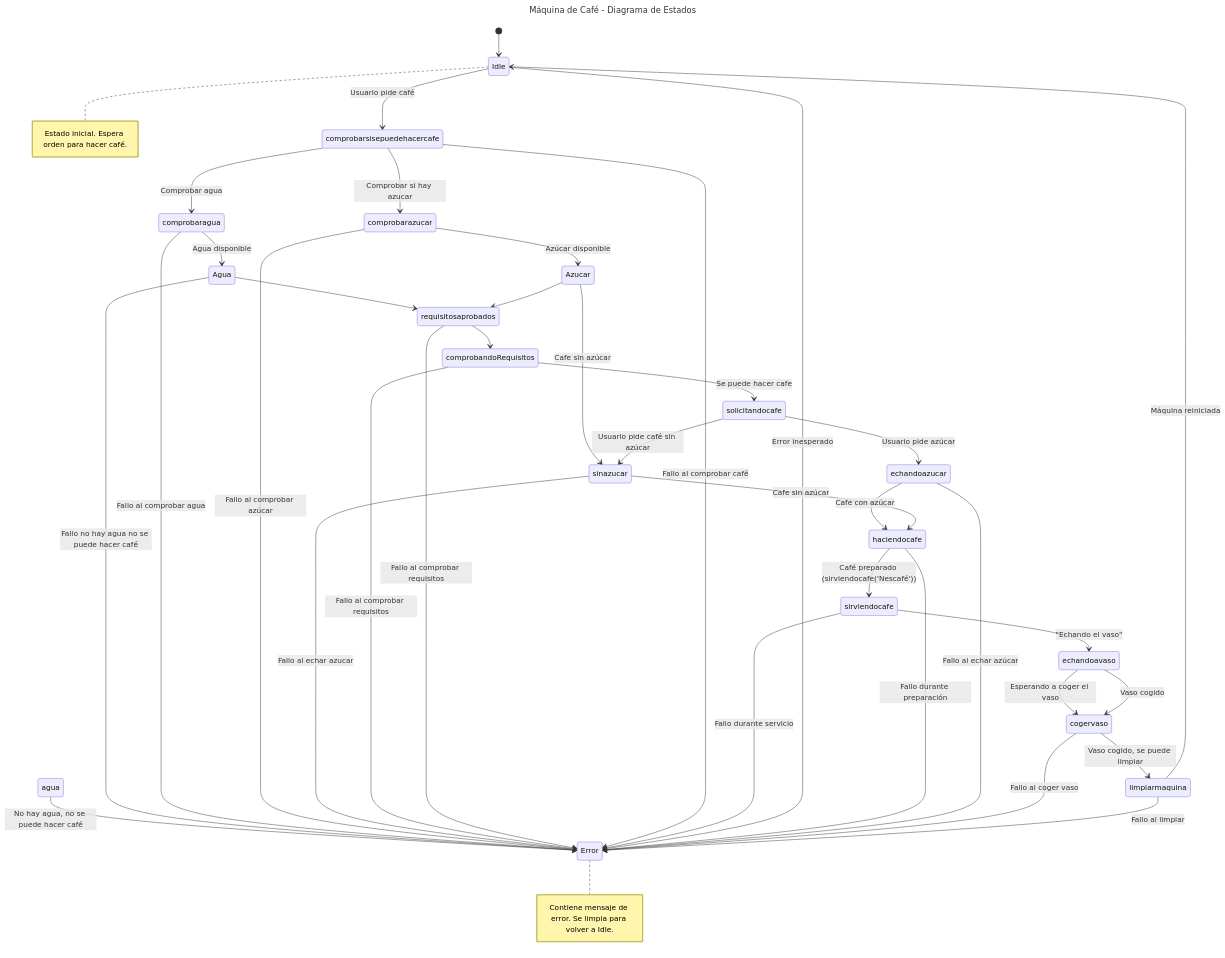
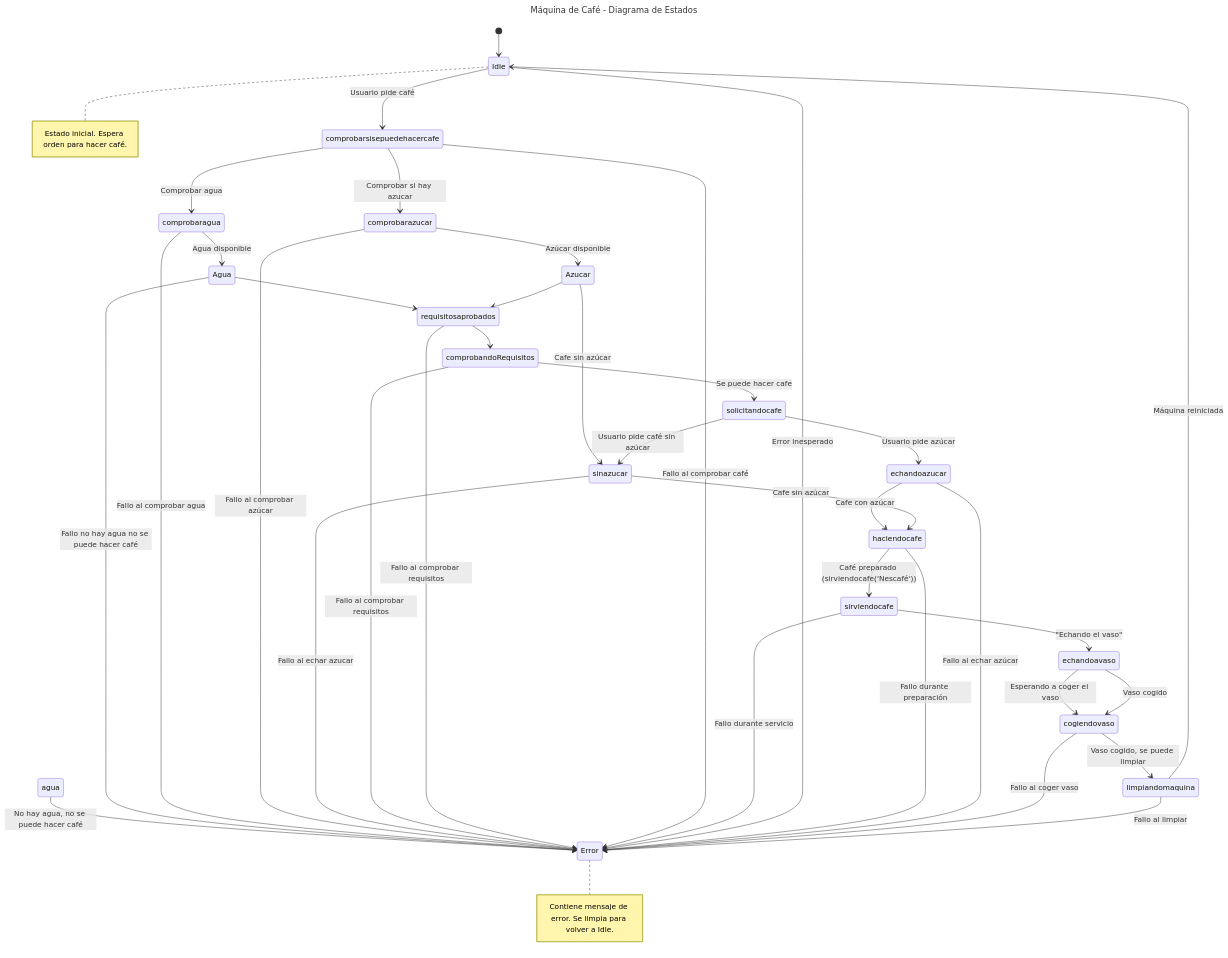
The diagram in 1trabajo/src/diagrama.mmd (shermidagre/PMDM), drawn with Mermaid before and after one commit.

Commit message:
random para probar

```diff
--- a/1trabajo/src/diagrama.mmd
+++ b/1trabajo/src/diagrama.mmd
@@ -1,48 +1,48 @@
 ---
 title: Máquina de Café - Diagrama de Estados
 ---
 stateDiagram-v2
 [*] --> Idle
 Idle --> comprobarsisepuedehacercafe: Usuario pide café
 
 comprobarsisepuedehacercafe --> comprobaragua: Comprobar agua
 agua --> Error : No hay agua, no se puede hacer café
 comprobaragua --> Agua: Agua disponible
 Agua --> requisitosaprobados
 Agua --> Error : Fallo no hay agua no se puede hacer café
 comprobaragua --> Error: Fallo al comprobar agua
 
 comprobarsisepuedehacercafe --> comprobarazucar : Comprobar si hay azucar
 comprobarazucar --> Azucar: Azúcar disponible
 comprobarazucar --> Error : Fallo al comprobar azúcar
 Azucar --> requisitosaprobados
 
 requisitosaprobados --> comprobandoRequisitos
 
 Azucar --> sinazucar: Cafe sin azúcar
 sinazucar --> Error : Fallo al echar azucar
 
 comprobandoRequisitos --> solicitandocafe: Se puede hacer cafe
 comprobandoRequisitos --> Error: Fallo al comprobar requisitos
 requisitosaprobados --> Error: Fallo al comprobar requisitos
 
 comprobarsisepuedehacercafe --> Error: Fallo al comprobar café
 solicitandocafe --> echandoazucar: Usuario pide azúcar
 solicitandocafe --> sinazucar: Usuario pide café sin azúcar
 echandoazucar --> haciendocafe: Cafe con azúcar
 sinazucar --> haciendocafe: Cafe sin azúcar
 
 haciendocafe --> sirviendocafe: Café preparado (sirviendocafe('Nescafé'))
 sirviendocafe --> Error: Fallo durante servicio
 Idle --> Error: Error inesperado
 haciendocafe --> Error: Fallo durante preparación
 echandoazucar --> Error: Fallo al echar azúcar
 sirviendocafe --> echandoavaso: "Echando el vaso"
-echandoavaso --> cogervaso: Esperando a coger el vaso
-cogervaso --> Error: Fallo al coger vaso
-echandoavaso --> cogervaso: Vaso cogido
-cogervaso --> limpiarmaquina:  Vaso cogido, se puede limpiar
-limpiarmaquina --> Idle: Máquina reiniciada
-limpiarmaquina --> Error: Fallo al limpiar
+echandoavaso --> cogiendovaso: Esperando a coger el vaso
+cogiendovaso --> Error: Fallo al coger vaso
+echandoavaso --> cogiendovaso: Vaso cogido
+cogiendovaso --> limpiandomaquina:  Vaso cogido, se puede limpiar
+limpiandomaquina --> Idle: Máquina reiniciada
+limpiandomaquina --> Error: Fallo al limpiar
 note right of Idle: Estado inicial. Espera orden para hacer café.
 note right of Error: Contiene mensaje de error. Se limpia para volver a Idle.
```
